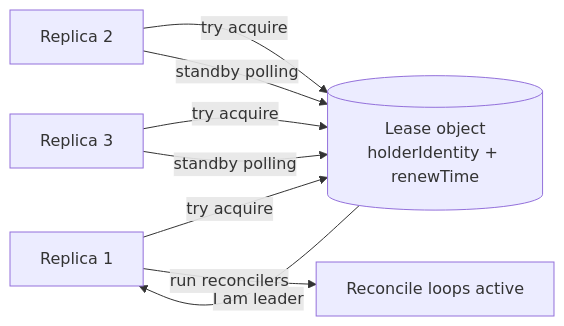
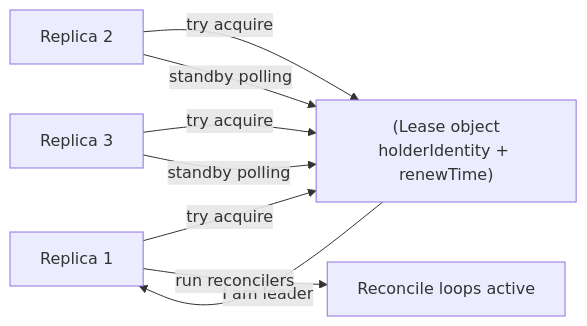
One commit to srinivaskona7/devops-learning changed the first of 2 diagrams in 09-interview-prep/03-kubernetes-internals/leader-election.md. Above: the diagram before and after it, drawn with Mermaid. The commit also changed 220 other files, not shown here.

````diff
--- a/09-interview-prep/03-kubernetes-internals/leader-election.md
+++ b/09-interview-prep/03-kubernetes-internals/leader-election.md
@@ -16,10 +16,10 @@
 ```mermaid
 flowchart LR
-    R1[Replica 1] -- try acquire --> L[(Lease object<br/>holderIdentity + renewTime)]
+    R1[Replica 1] -- try acquire --> L["(Lease object<br/>holderIdentity + renewTime)"]
     R2[Replica 2] -- try acquire --> L
     R3[Replica 3] -- try acquire --> L
     L -- I am leader --> R1
     R1 -- run reconcilers --> K[Reconcile loops active]
     R2 -- standby polling --> L
     R3 -- standby polling --> L
 ```
````
